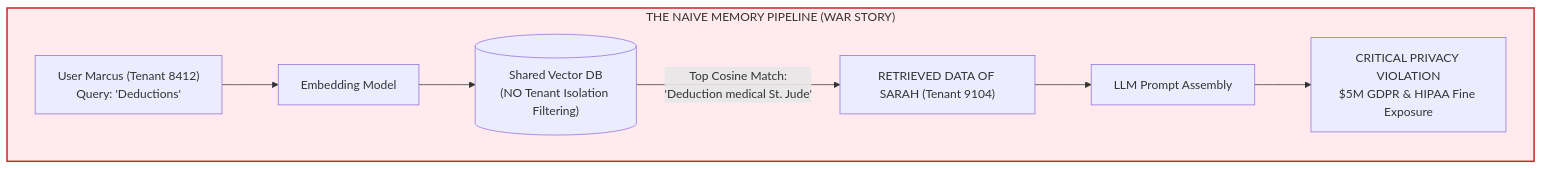
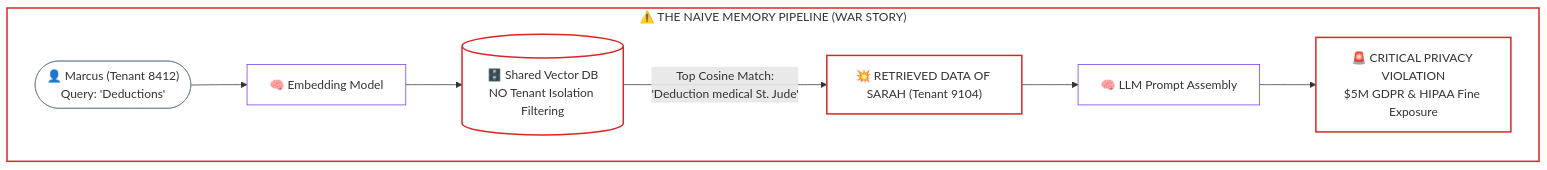
One commit to dip4k/senior-engineer-to-ai-engineer-roadmap changed the first of 13 diagrams in 04-agentic-systems-and-orchestration/labs/lab5-agent-memory-system.md. Above: the diagram before and after it, drawn with Mermaid. The commit also changed other lines of this file and 94 other files, not shown here.

Commit message:
refactor(curriculum): complete Phase 04 upgrade and enforce diagram renderer invariants

````diff
--- a/04-agentic-systems-and-orchestration/labs/lab5-agent-memory-system.md
+++ b/04-agentic-systems-and-orchestration/labs/lab5-agent-memory-system.md
@@ -72,11 +72,18 @@
 ```mermaid
 flowchart TD
-    subgraph BAD_ARCH["THE NAIVE MEMORY PIPELINE (WAR STORY)"]
-        UserA["User Marcus (Tenant 8412)\nQuery: 'Deductions'"] --> Embedder["Embedding Model"]
-        Embedder --> VectorDB[("Shared Vector DB\n(NO Tenant Isolation Filtering)")]
-        VectorDB -->|Top Cosine Match:\n'Deduction medical St. Jude'| Leak["RETRIEVED DATA OF SARAH (Tenant 9104)"]
-        Leak --> LLM["LLM Prompt Assembly"]
-        LLM --> Disaster["CRITICAL PRIVACY VIOLATION\n$5M GDPR & HIPAA Fine Exposure"]
+    subgraph BAD_ARCH["⚠️ THE NAIVE MEMORY PIPELINE (WAR STORY)"]
+        UserA(["👤 Marcus (Tenant 8412)<br/>Query: 'Deductions'"]) --> Embedder["🧠 Embedding Model"]
+        Embedder --> VectorDB[("🗄️ Shared Vector DB<br/>NO Tenant Isolation Filtering")]
+        VectorDB -->|Top Cosine Match:\n'Deduction medical St. Jude'| Leak["💥 RETRIEVED DATA OF SARAH (Tenant 9104)"]
+        Leak --> LLM["🧠 LLM Prompt Assembly"]
+        LLM --> Disaster["🚨 CRITICAL PRIVACY VIOLATION<br/>$5M GDPR & HIPAA Fine Exposure"]
     end
-    style BAD_ARCH fill:#ffebee,stroke:#c62828,stroke-width:2px
+
+    style BAD_ARCH fill:none,stroke:#dc2626,stroke-width:2px
+    style UserA stroke:#64748b,stroke-width:1px,fill:none
+    style Embedder stroke:#7c3aed,stroke-width:1px,fill:none
+    style VectorDB stroke:#dc2626,stroke-width:2px,fill:none
+    style Leak stroke:#dc2626,stroke-width:2px,fill:none
+    style LLM stroke:#7c3aed,stroke-width:1px,fill:none
+    style Disaster stroke:#dc2626,stroke-width:2px,fill:none
 ```
````
